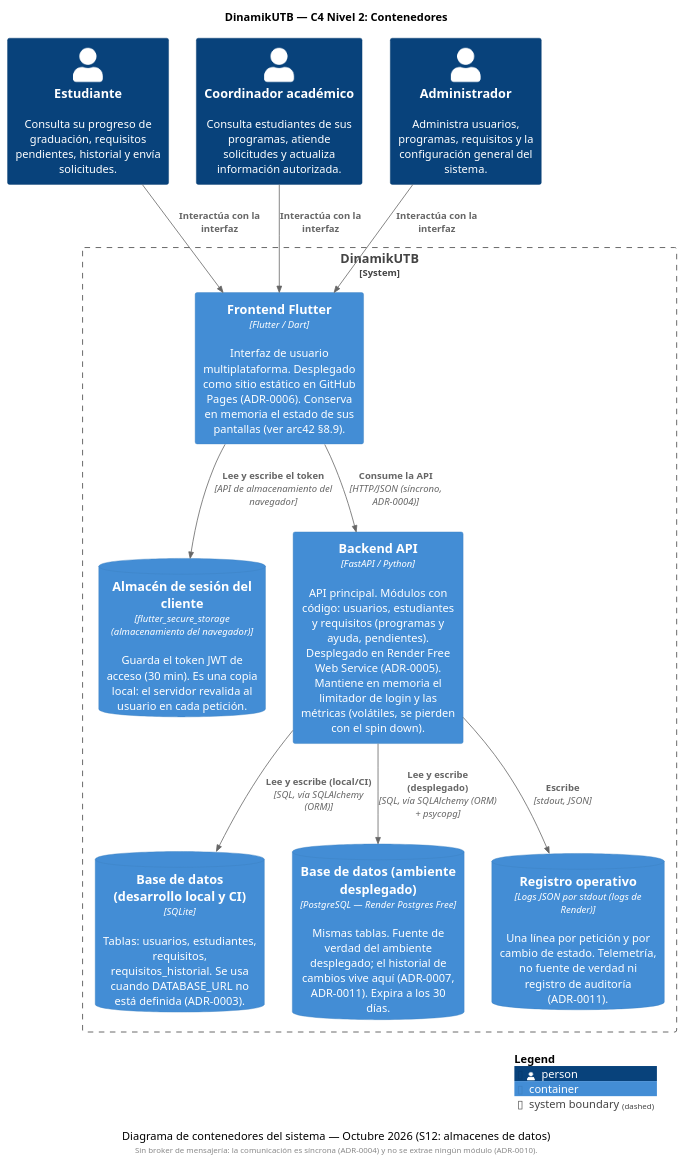
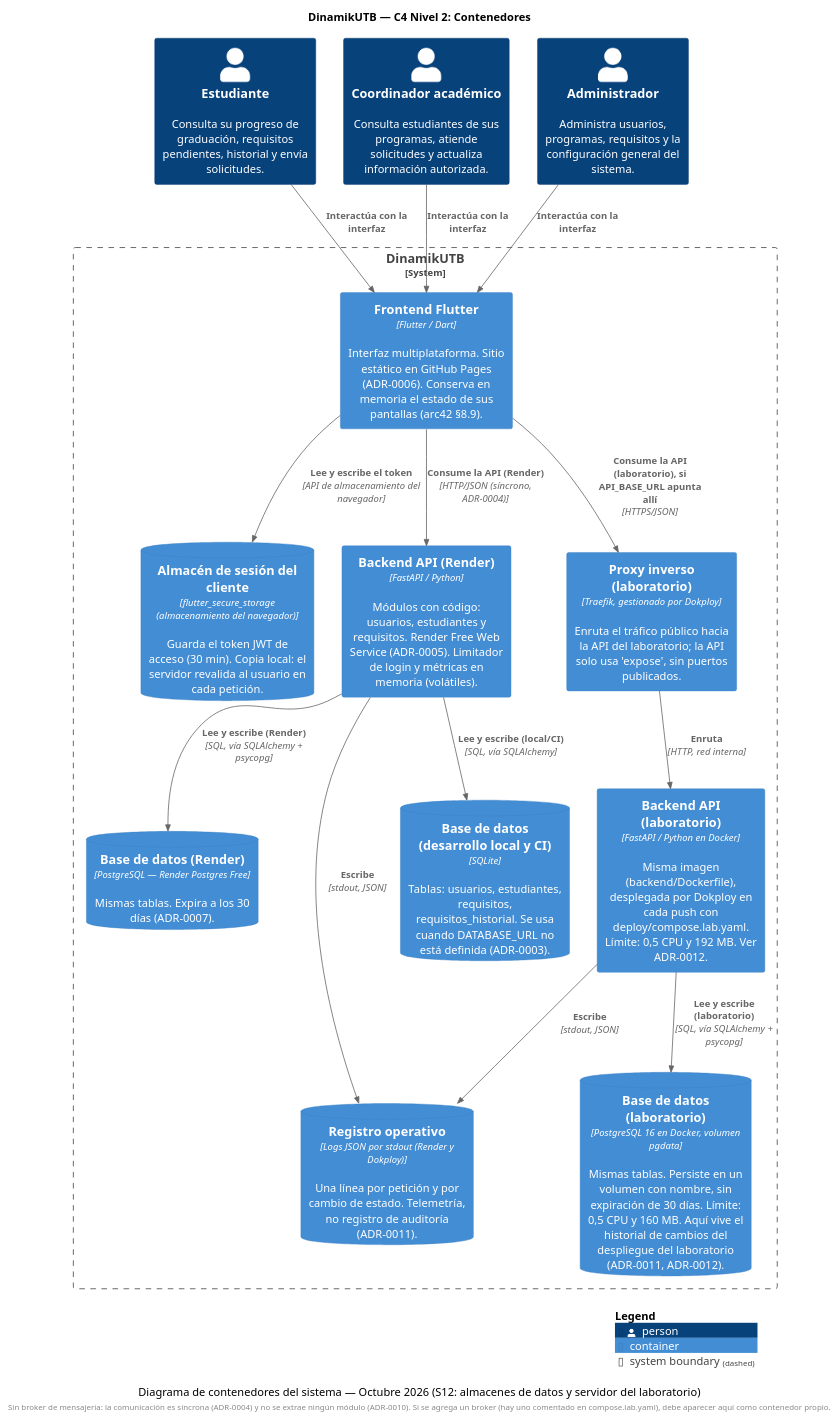
Before and after one commit to ISCOUTB/AS_202620_DinamikUTB: the diagram in docs/c4/contenedores.puml, drawn with PlantUML.

```diff
--- a/docs/c4/contenedores.puml
+++ b/docs/c4/contenedores.puml
@@ -1,32 +1,42 @@
 @startuml
 !include https://raw.githubusercontent.com/plantuml-stdlib/C4-PlantUML/master/C4_Container.puml
 
 title DinamikUTB — C4 Nivel 2: Contenedores
-caption Diagrama de contenedores del sistema — Octubre 2026 (S12: almacenes de datos)
+caption Diagrama de contenedores del sistema — Octubre 2026 (S12: almacenes de datos y servidor del laboratorio)
 
 Person(estudiante, "Estudiante", "Consulta su progreso de graduación, requisitos pendientes, historial y envía solicitudes.")
 Person(coordinador, "Coordinador académico", "Consulta estudiantes de sus programas, atiende solicitudes y actualiza información autorizada.")
 Person(administrador, "Administrador", "Administra usuarios, programas, requisitos y la configuración general del sistema.")
 
 System_Boundary(dinamik, "DinamikUTB") {
-    Container(frontend, "Frontend Flutter", "Flutter / Dart", "Interfaz de usuario multiplataforma. Desplegado como sitio estático en GitHub Pages (ADR-0006). Conserva en memoria el estado de sus pantallas (ver arc42 §8.9).")
-    ContainerDb(token_store, "Almacén de sesión del cliente", "flutter_secure_storage (almacenamiento del navegador)", "Guarda el token JWT de acceso (30 min). Es una copia local: el servidor revalida al usuario en cada petición.")
-    Container(backend, "Backend API", "FastAPI / Python", "API principal. Módulos con código: usuarios, estudiantes y requisitos (programas y ayuda, pendientes). Desplegado en Render Free Web Service (ADR-0005). Mantiene en memoria el limitador de login y las métricas (volátiles, se pierden con el spin down).")
+    Container(frontend, "Frontend Flutter", "Flutter / Dart", "Interfaz multiplataforma. Sitio estático en GitHub Pages (ADR-0006). Conserva en memoria el estado de sus pantallas (arc42 §8.9).")
+    ContainerDb(token_store, "Almacén de sesión del cliente", "flutter_secure_storage (almacenamiento del navegador)", "Guarda el token JWT de acceso (30 min). Copia local: el servidor revalida al usuario en cada petición.")
+
+    Container(backend, "Backend API (Render)", "FastAPI / Python", "Módulos con código: usuarios, estudiantes y requisitos. Render Free Web Service (ADR-0005). Limitador de login y métricas en memoria (volátiles).")
     ContainerDb(database_local, "Base de datos (desarrollo local y CI)", "SQLite", "Tablas: usuarios, estudiantes, requisitos, requisitos_historial. Se usa cuando DATABASE_URL no está definida (ADR-0003).")
-    ContainerDb(database_prod, "Base de datos (ambiente desplegado)", "PostgreSQL — Render Postgres Free", "Mismas tablas. Fuente de verdad del ambiente desplegado; el historial de cambios vive aquí (ADR-0007, ADR-0011). Expira a los 30 días.")
-    ContainerDb(logs, "Registro operativo", "Logs JSON por stdout (logs de Render)", "Una línea por petición y por cambio de estado. Telemetría, no fuente de verdad ni registro de auditoría (ADR-0011).")
+    ContainerDb(database_prod, "Base de datos (Render)", "PostgreSQL — Render Postgres Free", "Mismas tablas. Expira a los 30 días (ADR-0007).")
+
+    Container(proxy, "Proxy inverso (laboratorio)", "Traefik, gestionado por Dokploy", "Enruta el tráfico público hacia la API del laboratorio; la API solo usa 'expose', sin puertos publicados.")
+    Container(backend_lab, "Backend API (laboratorio)", "FastAPI / Python en Docker", "Misma imagen (backend/Dockerfile), desplegada por Dokploy en cada push con deploy/compose.lab.yaml. Límite: 0,5 CPU y 192 MB. Ver ADR-0012.")
+    ContainerDb(database_lab, "Base de datos (laboratorio)", "PostgreSQL 16 en Docker, volumen pgdata", "Mismas tablas. Persiste en un volumen con nombre, sin expiración de 30 días. Límite: 0,5 CPU y 160 MB. Aquí vive el historial de cambios del despliegue del laboratorio (ADR-0011, ADR-0012).")
+
+    ContainerDb(logs, "Registro operativo", "Logs JSON por stdout (Render y Dokploy)", "Una línea por petición y por cambio de estado. Telemetría, no registro de auditoría (ADR-0011).")
 }
 
 Rel(estudiante, frontend, "Interactúa con la interfaz")
 Rel(coordinador, frontend, "Interactúa con la interfaz")
 Rel(administrador, frontend, "Interactúa con la interfaz")
 Rel(frontend, token_store, "Lee y escribe el token", "API de almacenamiento del navegador")
-Rel(frontend, backend, "Consume la API", "HTTP/JSON (síncrono, ADR-0004)")
-Rel(backend, database_local, "Lee y escribe (local/CI)", "SQL, vía SQLAlchemy (ORM)")
-Rel(backend, database_prod, "Lee y escribe (desplegado)", "SQL, vía SQLAlchemy (ORM) + psycopg")
+Rel(frontend, backend, "Consume la API (Render)", "HTTP/JSON (síncrono, ADR-0004)")
+Rel(frontend, proxy, "Consume la API (laboratorio), si API_BASE_URL apunta allí", "HTTPS/JSON")
+Rel(proxy, backend_lab, "Enruta", "HTTP, red interna")
+Rel(backend, database_local, "Lee y escribe (local/CI)", "SQL, vía SQLAlchemy")
+Rel(backend, database_prod, "Lee y escribe (Render)", "SQL, vía SQLAlchemy + psycopg")
+Rel(backend_lab, database_lab, "Lee y escribe (laboratorio)", "SQL, vía SQLAlchemy + psycopg")
 Rel(backend, logs, "Escribe", "stdout, JSON")
+Rel(backend_lab, logs, "Escribe", "stdout, JSON")
 
-footer Sin broker de mensajería: la comunicación es síncrona (ADR-0004) y no se extrae ningún módulo (ADR-0010).
+footer Sin broker de mensajería: la comunicación es síncrona (ADR-0004) y no se extrae ningún módulo (ADR-0010). Si se agrega un broker (hay uno comentado en compose.lab.yaml), debe aparecer aquí como contenedor propio.
 
 SHOW_LEGEND()
 @enduml
```
